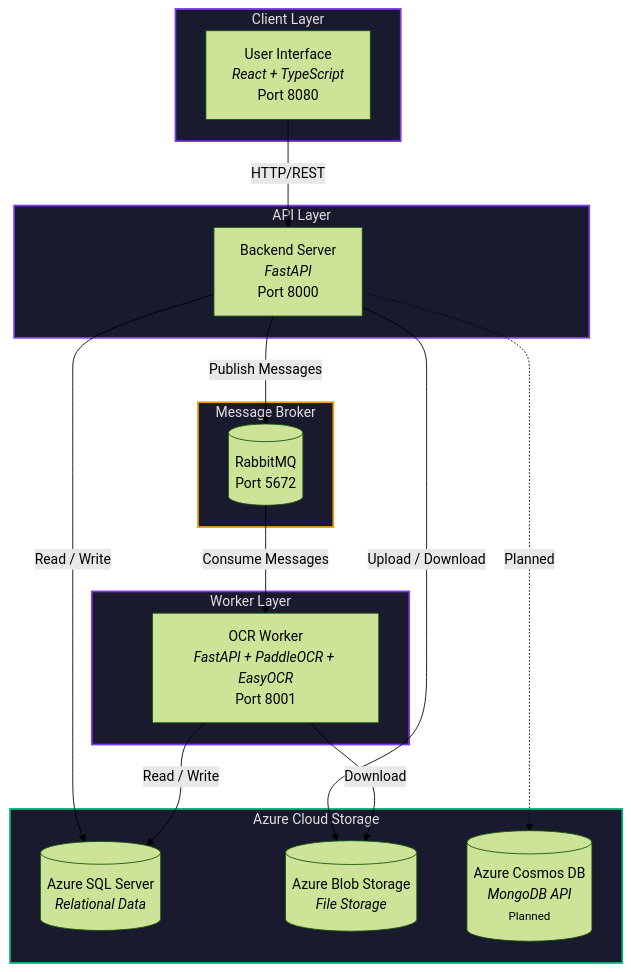
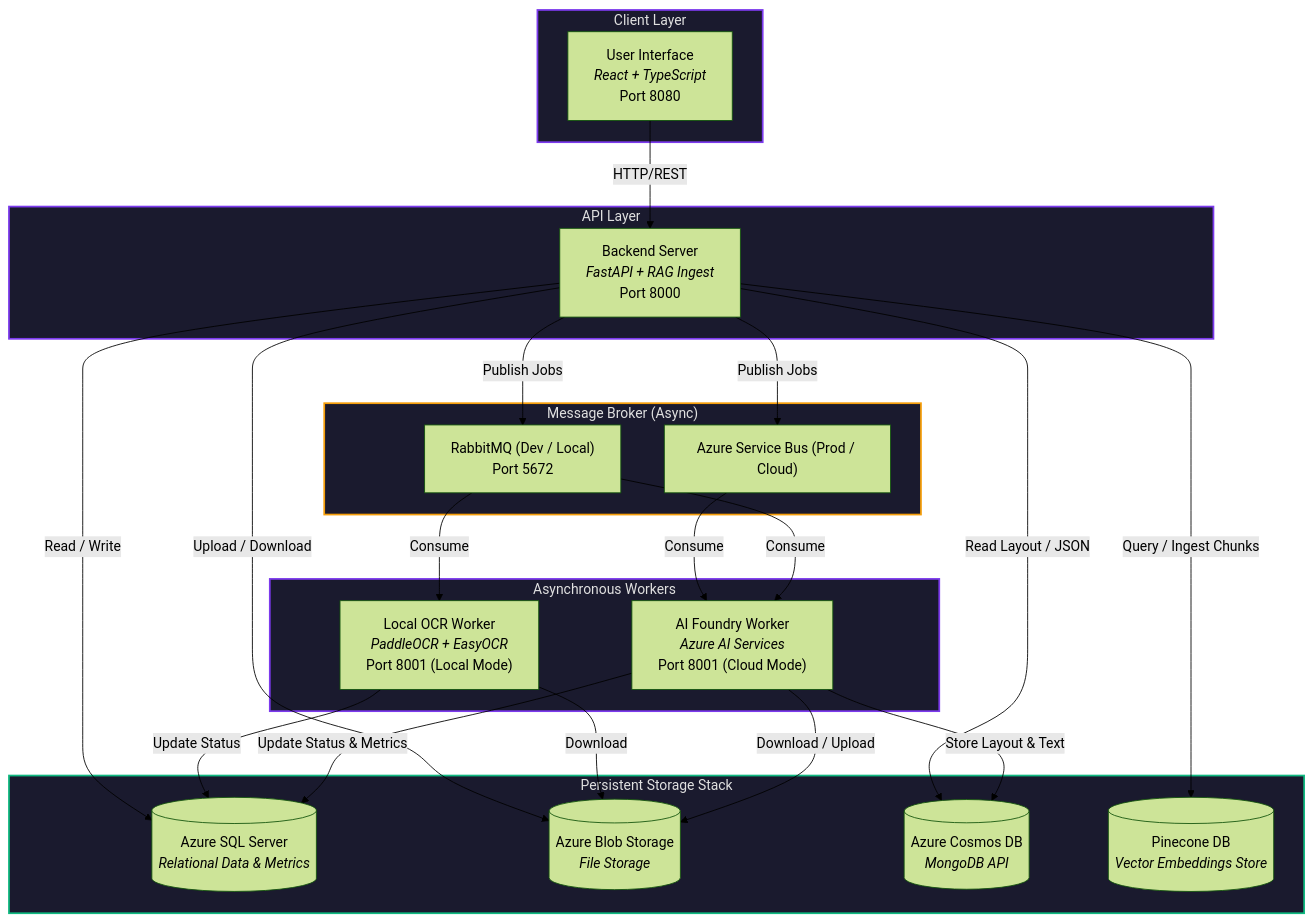
The first of 5 diagrams in docs/overview/architecture.md (NassaQ/docs), drawn with Mermaid (forest theme) before and after one commit. The commit also changed other lines of this file and 9 other files, not shown here.

````diff
--- a/docs/overview/architecture.md
+++ b/docs/overview/architecture.md
@@ -11,39 +13,52 @@
 ```mermaid
 graph TB
     subgraph CLIENT["Client Layer"]
         UI["User Interface<br/><i>React + TypeScript</i><br/>Port 8080"]
     end
 
     subgraph API_LAYER["API Layer"]
-        SERVER["Backend Server<br/><i>FastAPI</i><br/>Port 8000"]
+        SERVER["Backend Server<br/><i>FastAPI + RAG Ingest</i><br/>Port 8000"]
     end
 
-    subgraph WORKER_LAYER["Worker Layer"]
-        OCR["OCR Worker<br/><i>FastAPI + PaddleOCR + EasyOCR</i><br/>Port 8001"]
+    subgraph WORKERS["Asynchronous Workers"]
+        OCR["Local OCR Worker<br/><i>PaddleOCR + EasyOCR</i><br/>Port 8001 (Local Mode)"]
+        AIF["AI Foundry Worker<br/><i>Azure AI Services</i><br/>Port 8001 (Cloud Mode)"]
     end
 
-    subgraph MESSAGING["Message Broker"]
-        MQ[("RabbitMQ<br/>Port 5672")]
+    subgraph MESSAGING["Message Broker (Async)"]
+        MQ["RabbitMQ (Dev / Local)<br/>Port 5672"]
+        ASB["Azure Service Bus (Prod / Cloud)"]
     end
 
-    subgraph STORAGE["Azure Cloud Storage"]
-        SQL[("Azure SQL Server<br/><i>Relational Data</i>")]
+    subgraph STORAGE["Persistent Storage Stack"]
+        SQL[("Azure SQL Server<br/><i>Relational Data & Metrics</i>")]
         BLOB[("Azure Blob Storage<br/><i>File Storage</i>")]
-        MONGO[("Azure Cosmos DB<br/><i>MongoDB API</i><br/><small>Planned</small>")]
+        MONGO[("Azure Cosmos DB<br/><i>MongoDB API</i>")]
+        PINECONE[("Pinecone DB<br/><i>Vector Embeddings Store</i>")]
     end
 
     UI -->|"HTTP/REST"| SERVER
-    SERVER -->|"Publish Messages"| MQ
-    MQ -->|"Consume Messages"| OCR
+    SERVER -->|"Publish Jobs"| MQ
+    SERVER -->|"Publish Jobs"| ASB
+    MQ -->|"Consume"| OCR
+    ASB -->|"Consume"| AIF
+    MQ -->|"Consume"| AIF
+    
     SERVER -->|"Read / Write"| SQL
     SERVER -->|"Upload / Download"| BLOB
-    SERVER -.->|"Planned"| MONGO
-    OCR -->|"Read / Write"| SQL
+    SERVER -->|"Read Layout / JSON"| MONGO
+    SERVER -->|"Query / Ingest Chunks"| PINECONE
+    
     OCR -->|"Download"| BLOB
+    OCR -->|"Update Status"| SQL
+    
+    AIF -->|"Download / Upload"| BLOB
+    AIF -->|"Update Status & Metrics"| SQL
+    AIF -->|"Store Layout & Text"| MONGO
 
     style CLIENT fill:#1a1a2e,stroke:#7c3aed,stroke-width:2px,color:#e0e0e0
     style API_LAYER fill:#1a1a2e,stroke:#7c3aed,stroke-width:2px,color:#e0e0e0
-    style WORKER_LAYER fill:#1a1a2e,stroke:#7c3aed,stroke-width:2px,color:#e0e0e0
+    style WORKERS fill:#1a1a2e,stroke:#7c3aed,stroke-width:2px,color:#e0e0e0
     style MESSAGING fill:#1a1a2e,stroke:#f59e0b,stroke-width:2px,color:#e0e0e0
     style STORAGE fill:#1a1a2e,stroke:#10b981,stroke-width:2px,color:#e0e0e0
 ```
````
